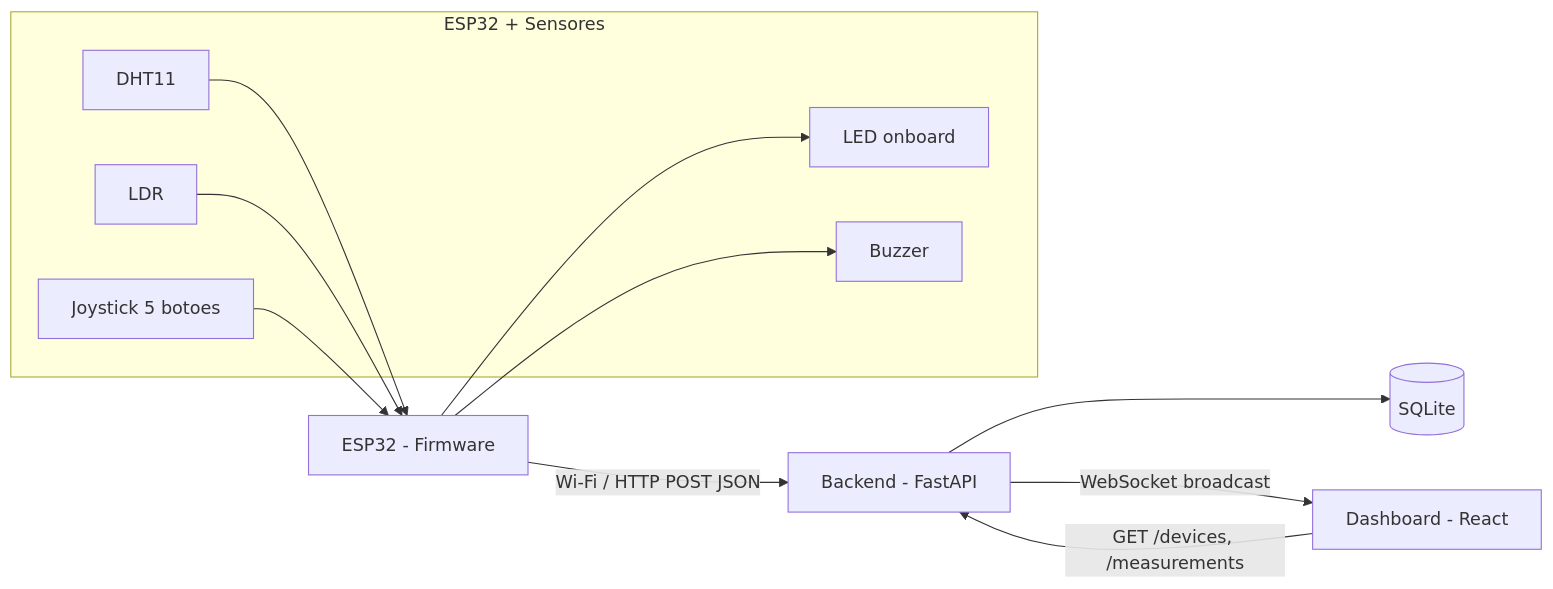
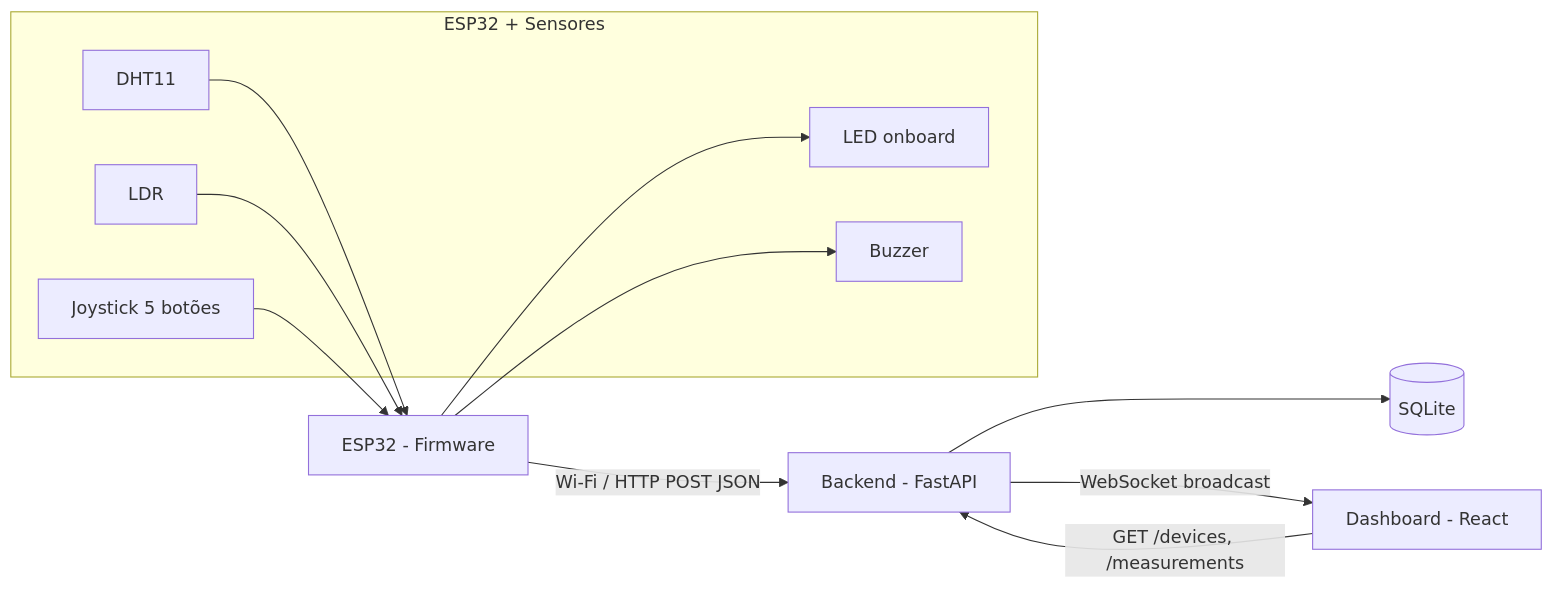
One commit to guimaiaa/Vortex-IoT-Dashboard changed the first of 2 diagrams in docs/architecture.md. Above: the diagram before and after it, drawn with Mermaid. The commit also changed other lines of this file and 5 other files, not shown here.

````diff
--- a/docs/architecture.md
+++ b/docs/architecture.md
@@ -5,22 +5,22 @@
 ```mermaid
 flowchart LR
     subgraph Hardware [ESP32 + Sensores]
         DHT[DHT11]
         LDR[LDR]
-        JOY[Joystick 5 botoes]
+        JOY[Joystick 5 botões]
         LED[LED onboard]
         BUZ[Buzzer]
     end
 
     ESP[ESP32 - Firmware]
     DHT --> ESP
     LDR --> ESP
     JOY --> ESP
     ESP --> LED
     ESP --> BUZ
 
     ESP -- "Wi-Fi / HTTP POST JSON" --> API[Backend - FastAPI]
     API --> DB[(SQLite)]
     API -- "WebSocket broadcast" --> WEB[Dashboard - React]
     WEB -- "GET /devices, /measurements" --> API
 ```
````
